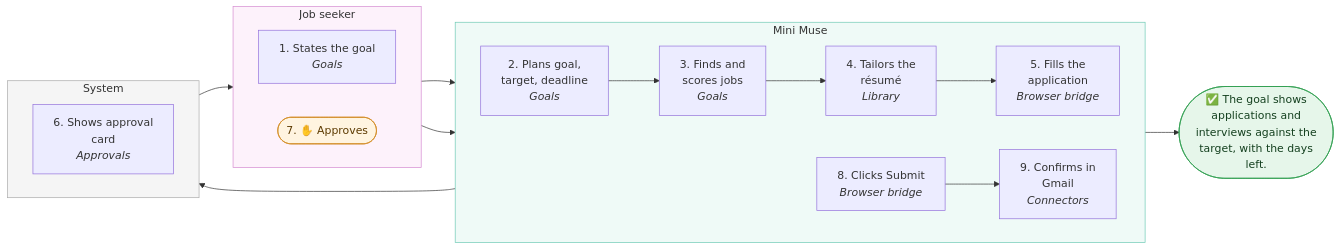
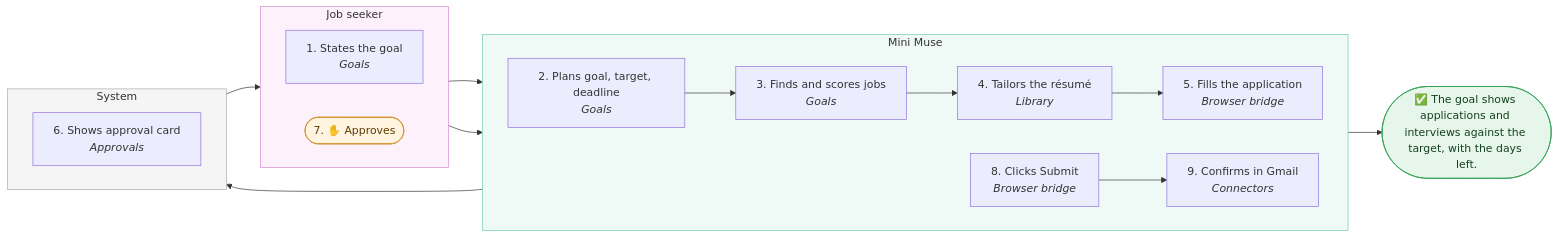
Before and after one commit to lngsa1234/mini-muse-mvp: the first of 6 diagrams in docs/product/baseline.md, drawn with Mermaid. The commit also changed other lines of this file, not shown here.

First line of the commit message:
docs: product baseline diagrams back to one-line labels (AgentForge plugin 0.4.4)

````diff
--- a/docs/product/baseline.md
+++ b/docs/product/baseline.md
@@ -53,38 +53,38 @@
 ```mermaid
 flowchart LR
   subgraph user_lane["Job seeker"]
     direction LR
     s1["1. States the goal<br/><i>Goals</i>"]
     s7(["7. ✋ Approves"])
   end
   subgraph agent_lane["Mini Muse"]
     direction LR
-    s2["2. Plans goal,<br/>target, deadline<br/><i>Goals</i>"]
-    s3["3. Finds and<br/>scores jobs<br/><i>Goals</i>"]
-    s4["4. Tailors the<br/>résumé<br/><i>Library</i>"]
-    s5["5. Fills the<br/>application<br/><i>Browser bridge</i>"]
+    s2["2. Plans goal, target, deadline<br/><i>Goals</i>"]
+    s3["3. Finds and scores jobs<br/><i>Goals</i>"]
+    s4["4. Tailors the résumé<br/><i>Library</i>"]
+    s5["5. Fills the application<br/><i>Browser bridge</i>"]
     s8["8. Clicks Submit<br/><i>Browser bridge</i>"]
-    s9["9. Confirms in<br/>Gmail<br/><i>Connectors</i>"]
+    s9["9. Confirms in Gmail<br/><i>Connectors</i>"]
   end
   subgraph system_lane["System"]
     direction LR
-    s6["6. Shows approval<br/>card<br/><i>Approvals</i>"]
+    s6["6. Shows approval card<br/><i>Approvals</i>"]
   end
   s1 --> s2
   s2 --> s3
   s3 --> s4
   s4 --> s5
   s5 --> s6
   s6 --> s7
   s7 --> s8
   s8 --> s9
-  done(["✅ The goal shows<br/>applications and<br/>interviews against the<br/>target, with the days<br/>left."])
+  done(["✅ The goal shows applications and interviews against the target, with the days left."])
   s9 --> done
   classDef approval fill:#fff4e0,stroke:#d18a1f,color:#5c3a00
   classDef outcome fill:#e6f6ea,stroke:#2f9e4f,color:#14401f
   style user_lane fill:#fdf2fb,stroke:#d58ad0
   style agent_lane fill:#effaf7,stroke:#6cc9b4
   style system_lane fill:#f5f5f5,stroke:#aaa
   class s7 approval
   class done outcome
 ```
````
